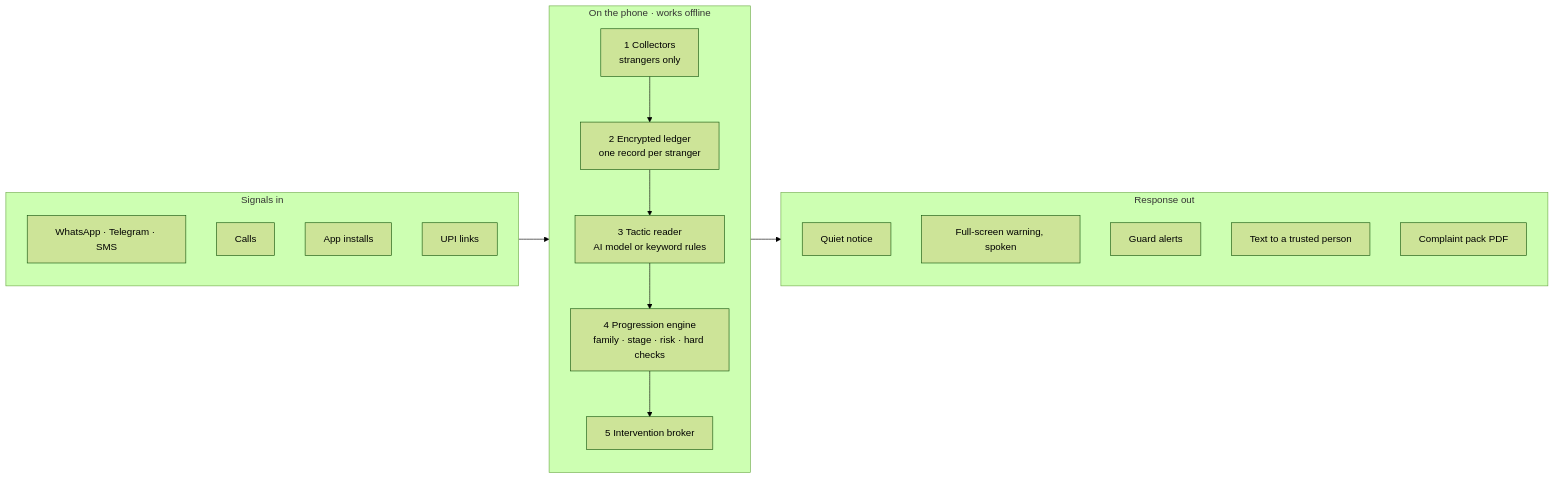
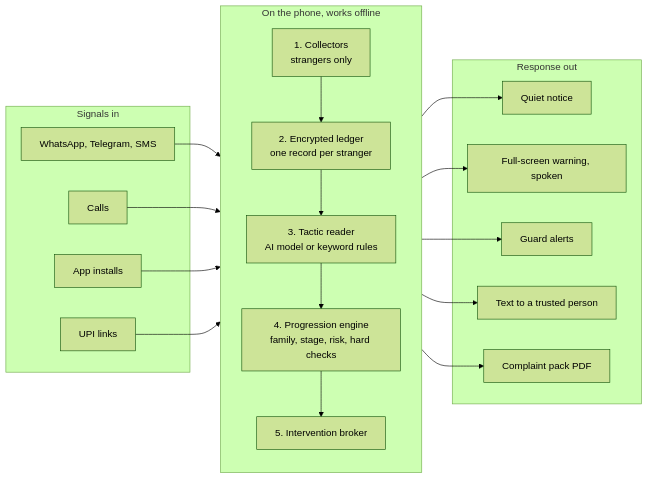
Before and after one commit to Pgoutham47/TripWire: the diagram in README.md, drawn with Mermaid (forest theme). The commit also changed other lines of this file, not shown here.

Commit message:
Link the demo video and harden the architecture diagram

````diff
--- a/README.md
+++ b/README.md
@@ -36,28 +38,35 @@
 ```mermaid
 flowchart LR
-    subgraph IN[Signals in]
-        A1[WhatsApp · Telegram · SMS]
-        A2[Calls]
-        A3[App installs]
-        A4[UPI links]
+    subgraph SIG["Signals in"]
+        A1["WhatsApp, Telegram, SMS"]
+        A2["Calls"]
+        A3["App installs"]
+        A4["UPI links"]
     end
 
-    subgraph PHONE[On the phone · works offline]
+    subgraph PHONE["On the phone, works offline"]
         direction TB
-        B1[1 Collectors<br/>strangers only] --> B2[2 Encrypted ledger<br/>one record per stranger]
-        B2 --> B3[3 Tactic reader<br/>AI model or keyword rules]
-        B3 --> B4[4 Progression engine<br/>family · stage · risk · hard checks]
-        B4 --> B5[5 Intervention broker]
+        B1["1. Collectors<br/>strangers only"] --> B2["2. Encrypted ledger<br/>one record per stranger"]
+        B2 --> B3["3. Tactic reader<br/>AI model or keyword rules"]
+        B3 --> B4["4. Progression engine<br/>family, stage, risk, hard checks"]
+        B4 --> B5["5. Intervention broker"]
     end
 
-    subgraph OUT[Response out]
-        C1[Quiet notice]
-        C2[Full-screen warning, spoken]
-        C3[Guard alerts]
-        C4[Text to a trusted person]
-        C5[Complaint pack PDF]
+    subgraph RESP["Response out"]
+        C1["Quiet notice"]
+        C2["Full-screen warning, spoken"]
+        C3["Guard alerts"]
+        C4["Text to a trusted person"]
+        C5["Complaint pack PDF"]
     end
 
-    IN --> B1
-    B5 --> OUT
+    A1 --> B1
+    A2 --> B1
+    A3 --> B1
+    A4 --> B1
+    B5 --> C1
+    B5 --> C2
+    B5 --> C3
+    B5 --> C4
+    B5 --> C5
 ```
````
